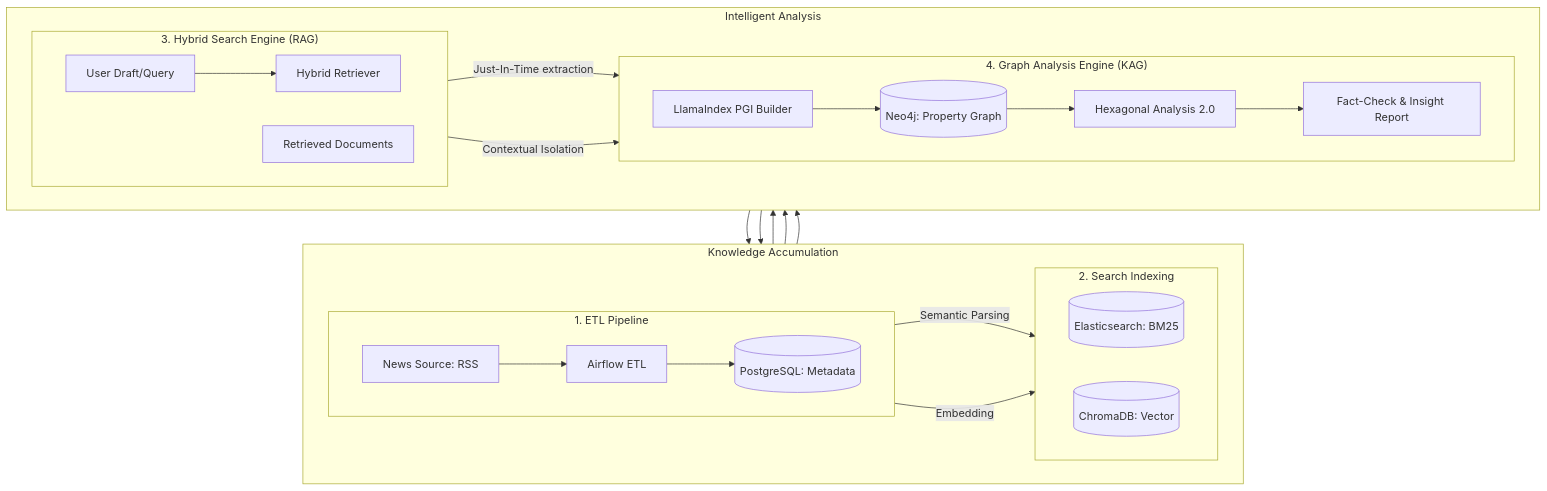
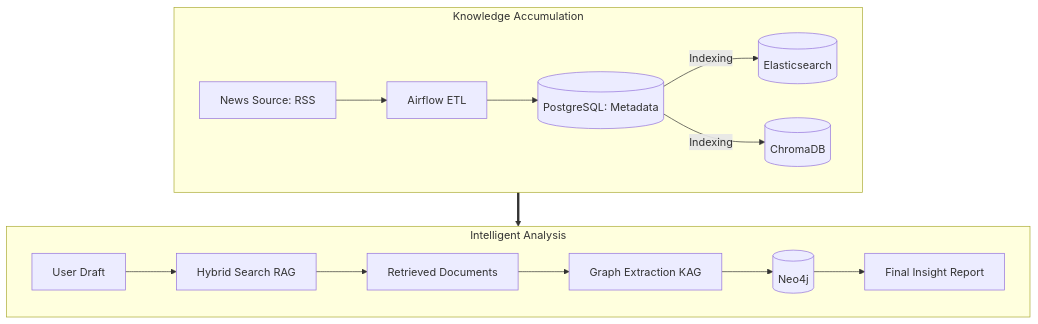
Before and after one commit to hyos0415/KAG_LlamaIndex: the diagram in README.md, drawn with Mermaid. The commit also changed 1 other file, not shown here.

Commit message:
fix : 포트폴리오 최적화를 위한 다이어그램 레이아웃 재배치 (2x2)

````diff
--- a/README.md
+++ b/README.md
@@ -19,40 +19,21 @@
 ```mermaid
 graph TD
     subgraph Row1 [Knowledge Accumulation]
         direction LR
-        subgraph "1. ETL Pipeline"
-            direction LR
-            A[News Source: RSS] --> B[Airflow ETL]
-            B --> C[(PostgreSQL: Metadata)]
-        end
-
-        subgraph "2. Search Indexing"
-            direction LR
-            C -- "Semantic Parsing" --> D[(Elasticsearch: BM25)]
-            C -- "Embedding" --> E[(ChromaDB: Vector)]
-        end
+        A[News Source: RSS] --> B[Airflow ETL] --> C[(PostgreSQL: Metadata)]
+        C -- "Indexing" --> D[(Elasticsearch)]
+        C -- "Indexing" --> E[(ChromaDB)]
     end
 
     subgraph Row2 [Intelligent Analysis]
         direction LR
-        subgraph "3. Hybrid Search Engine (RAG)"
-            direction LR
-            F[User Draft/Query] --> G[Hybrid Retriever]
-            G --> D
-            G --> E
-            D & E --> H[Retrieved Documents]
-        end
-
-        subgraph "4. Graph Analysis Engine (KAG)"
-            direction LR
-            H -- "Just-In-Time extraction" --> I[LlamaIndex PGI Builder]
-            F -- "Contextual Isolation" --> I
-            I --> J[(Neo4j: Property Graph)]
-            J --> K[Hexagonal Analysis 2.0]
-            K --> L[Fact-Check & Insight Report]
-        end
+        F[User Draft] --> G[Hybrid Search RAG]
+        G --> H[Retrieved Documents]
+        H --> I[Graph Extraction KAG]
+        I --> J[(Neo4j)]
+        J --> K[Final Insight Report]
     end
 
-    %% Flow
-    Row1 --> Row2
+    %% Flow connection
+    Row1 ==> Row2
 ```
````
